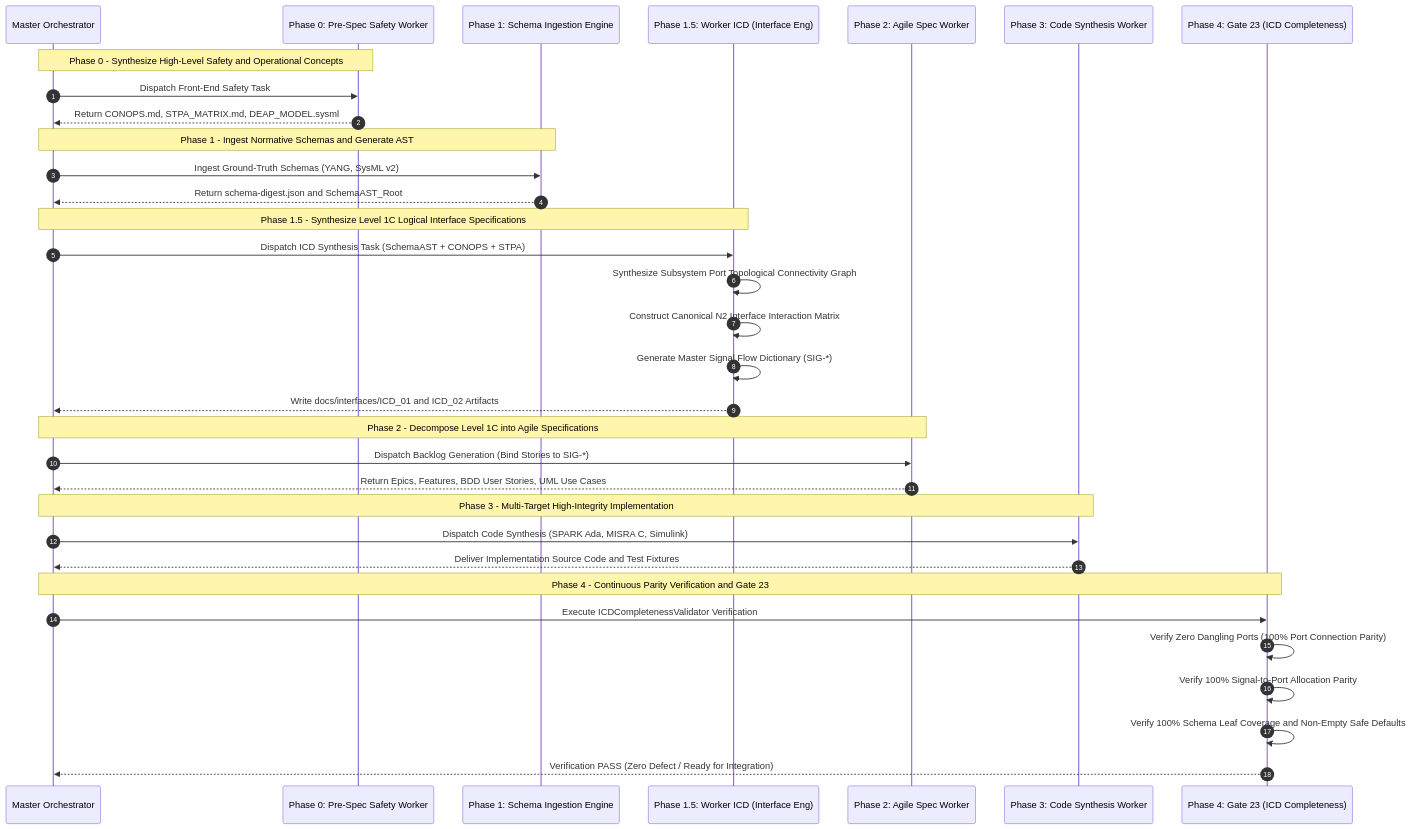
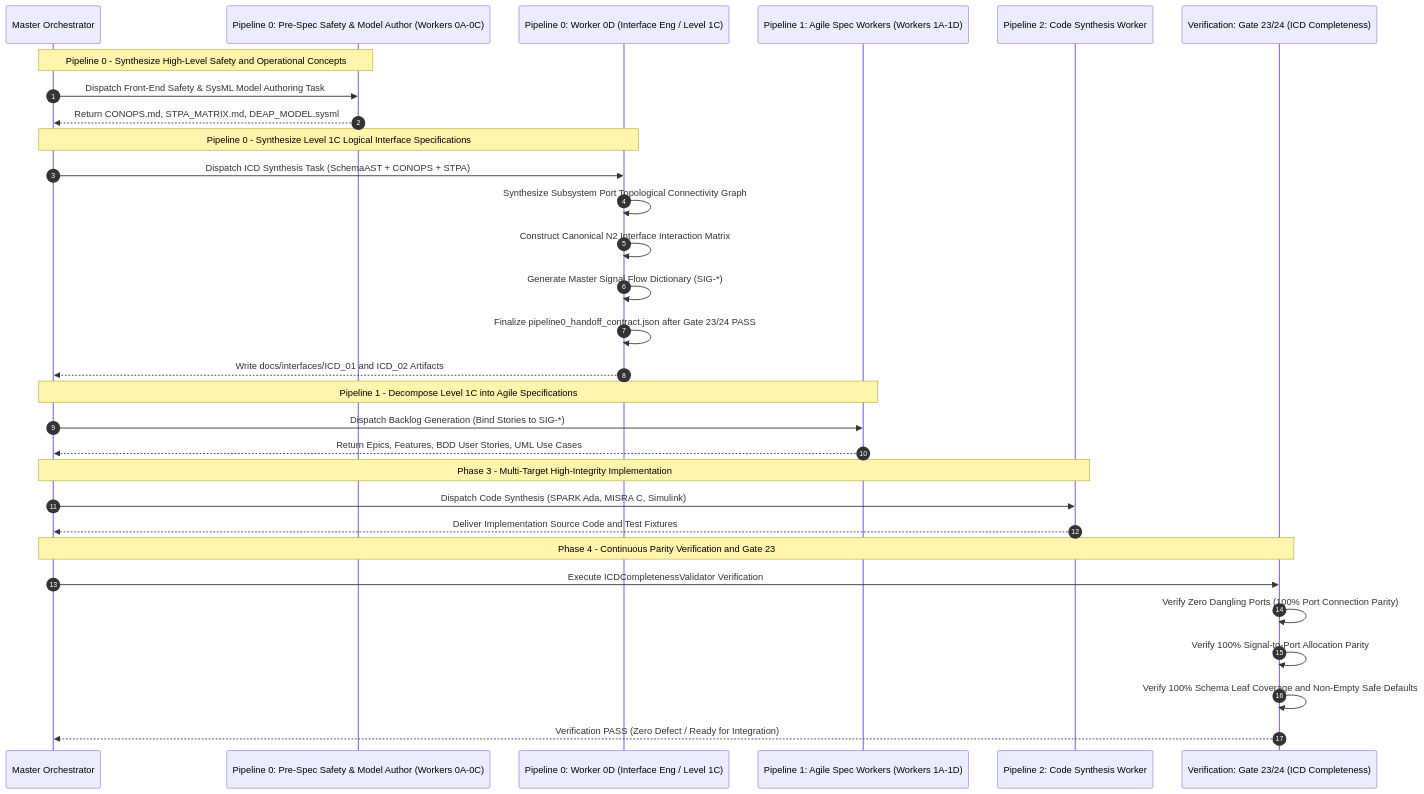
One commit to gintatkinson/DEAP01-spec-core changed the fourth of 5 diagrams in docs/architecture/blueprints/DEAP_LOGICAL_INTERFACE_SPECIFICATION_BLUEPRINT.md. Above: the diagram before and after it, drawn with Mermaid. The commit also changed other lines of this file and 6 other files, not shown here.

Commit message:
fix(docs): correct architectural placement of Level 1C ICDs in Pipeline 0 (refs #306)

````diff
--- a/docs/architecture/blueprints/DEAP_LOGICAL_INTERFACE_SPECIFICATION_BLUEPRINT.md
+++ b/docs/architecture/blueprints/DEAP_LOGICAL_INTERFACE_SPECIFICATION_BLUEPRINT.md
@@ -393,41 +392,37 @@
 ```mermaid
 sequenceDiagram
     autonumber
     participant Orchestrator as Master Orchestrator
-    participant Worker0 as Phase 0: Pre-Spec Safety Worker
-    participant SchemaEngine as Phase 1: Schema Ingestion Engine
-    participant WorkerICD as Phase 1.5: Worker ICD (Interface Eng)
-    participant WorkerAgile as Phase 2: Agile Spec Worker
-    participant Implementer as Phase 3: Code Synthesis Worker
-    participant Gate23 as Phase 4: Gate 23 (ICD Completeness)
+    participant Worker0 as Pipeline 0: Pre-Spec Safety & Model Author (Workers 0A-0C)
+    participant WorkerICD as Pipeline 0: Worker 0D (Interface Eng / Level 1C)
+    participant WorkerAgile as Pipeline 1: Agile Spec Workers (Workers 1A-1D)
+    participant Implementer as Pipeline 2: Code Synthesis Worker
+    participant Gate23 as Verification: Gate 23/24 (ICD Completeness)
 
-    Note over Orchestrator,Worker0: Phase 0 - Synthesize High-Level Safety and Operational Concepts
-    Orchestrator->>Worker0: Dispatch Front-End Safety Task
+    Note over Orchestrator,Worker0: Pipeline 0 - Synthesize High-Level Safety and Operational Concepts
+    Orchestrator->>Worker0: Dispatch Front-End Safety & SysML Model Authoring Task
     Worker0-->>Orchestrator: Return CONOPS.md, STPA_MATRIX.md, DEAP_MODEL.sysml
 
-    Note over Orchestrator,SchemaEngine: Phase 1 - Ingest Normative Schemas and Generate AST
-    Orchestrator->>SchemaEngine: Ingest Ground-Truth Schemas (YANG, SysML v2)
-    SchemaEngine-->>Orchestrator: Return schema-digest.json and SchemaAST_Root
-
-    Note over Orchestrator,WorkerICD: Phase 1.5 - Synthesize Level 1C Logical Interface Specifications
+    Note over Orchestrator,WorkerICD: Pipeline 0 - Synthesize Level 1C Logical Interface Specifications
     Orchestrator->>WorkerICD: Dispatch ICD Synthesis Task (SchemaAST + CONOPS + STPA)
     WorkerICD->>WorkerICD: Synthesize Subsystem Port Topological Connectivity Graph
     WorkerICD->>WorkerICD: Construct Canonical N2 Interface Interaction Matrix
     WorkerICD->>WorkerICD: Generate Master Signal Flow Dictionary (SIG-*)
+    WorkerICD->>WorkerICD: Finalize pipeline0_handoff_contract.json after Gate 23/24 PASS
     WorkerICD-->>Orchestrator: Write docs/interfaces/ICD_01 and ICD_02 Artifacts
 
-    Note over Orchestrator,WorkerAgile: Phase 2 - Decompose Level 1C into Agile Specifications
+    Note over Orchestrator,WorkerAgile: Pipeline 1 - Decompose Level 1C into Agile Specifications
     Orchestrator->>WorkerAgile: Dispatch Backlog Generation (Bind Stories to SIG-*)
     WorkerAgile-->>Orchestrator: Return Epics, Features, BDD User Stories, UML Use Cases
 
     Note over Orchestrator,Implementer: Phase 3 - Multi-Target High-Integrity Implementation
     Orchestrator->>Implementer: Dispatch Code Synthesis (SPARK Ada, MISRA C, Simulink)
     Implementer-->>Orchestrator: Deliver Implementation Source Code and Test Fixtures
 
     Note over Orchestrator,Gate23: Phase 4 - Continuous Parity Verification and Gate 23
     Orchestrator->>Gate23: Execute ICDCompletenessValidator Verification
     Gate23->>Gate23: Verify Zero Dangling Ports (100% Port Connection Parity)
     Gate23->>Gate23: Verify 100% Signal-to-Port Allocation Parity
     Gate23->>Gate23: Verify 100% Schema Leaf Coverage and Non-Empty Safe Defaults
     Gate23-->>Orchestrator: Verification PASS (Zero Defect / Ready for Integration)
 ```
````
